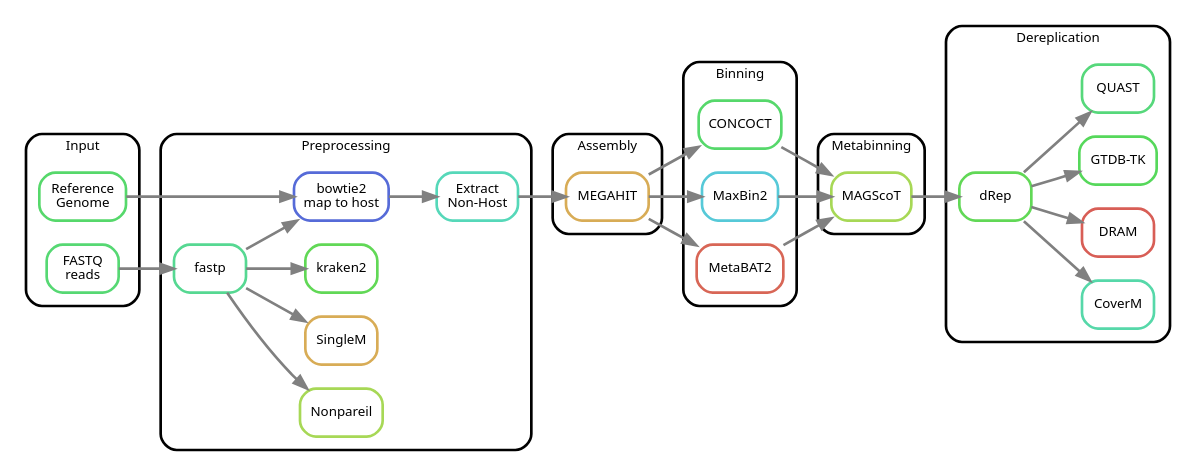
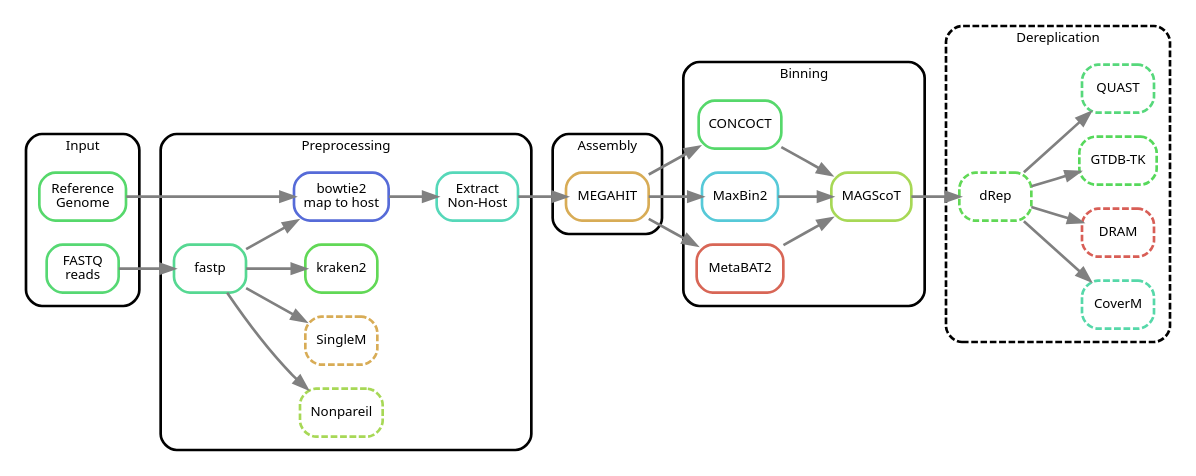
Before and after one commit to 3d-omics/mg_assembly: the diagram in rulegraph_simple.dot, drawn with Graphviz. The commit also changed 13 other files, not shown here.

```diff
--- a/rulegraph_simple.dot
+++ b/rulegraph_simple.dot
@@ -1,80 +1,74 @@
 digraph snakemake_dag {
 	rankdir=LR;
     graph[bgcolor=white, margin=0, compound=true];
     node[shape=box, style=rounded, fontname=sans, fontsize=10, penwidth=2];
     edge[penwidth=2, color=grey];
 
     subgraph cluster_0 {
         label = "Input";
 		shape=box; style=rounded; fontname=sans; fontsize=10; penwidth=2; margin=10;
         reference [label = "Reference\nGenome", color = "0.36 0.6 0.85"];
-    	fastq[label = "FASTQ\nreads", color = "0.37 0.6 0.85"];
+    	fastq     [label = "FASTQ\nreads",      color = "0.37 0.6 0.85"];
     }
 
 	subgraph cluster_1 {
 		label = "Preprocessing";
 		shape=box; style=rounded; fontname=sans; fontsize=10; penwidth=2; margin=10;
-		extract[label = "Extract\nNon-Host", color = "0.46 0.6 0.85"];
-	    bowtie2[label = "bowtie2\nmap to host", color = "0.64 0.6 0.85"];
-	    fastp [label = "fastp", color = "0.41 0.6 0.85"];
-	    nonpareil [label = "Nonpareil",  color = "0.23 0.6 0.85"];
-	    singlem[label = "SingleM", color = "0.11 0.6 0.85"];
-	    kraken2 [label = "kraken2", color = "0.32 0.6 0.85"];
+		extract   [label = "Extract\nNon-Host",    color = "0.46 0.6 0.85"];
+	    bowtie2   [label = "bowtie2\nmap to host", color = "0.64 0.6 0.85"];
+	    fastp     [label = "fastp",                color = "0.41 0.6 0.85"];
+	    nonpareil [label = "Nonpareil",            color = "0.23 0.6 0.85", style = "dashed,rounded"];
+	    singlem   [label = "SingleM",              color = "0.11 0.6 0.85", style = "dashed,rounded"];
+	    kraken2   [label = "kraken2",              color = "0.32 0.6 0.85"];
 	}
 
     reference -> bowtie2
     fastq     -> fastp
 
 	fastp   -> bowtie2
 	fastp   -> nonpareil
 	fastp   -> singlem
 	fastp   -> kraken2
 	bowtie2 -> extract
 	extract -> megahit
 
 	subgraph cluster_2 {
 		label = "Assembly";
 		shape=box; style=rounded; fontname=sans; fontsize=10; penwidth=2; margin=10;
-		megahit[label = "MEGAHIT", color = "0.11 0.6 0.85"];
+		megahit [label = "MEGAHIT", color = "0.11 0.6 0.85"];
 	}
 
 	megahit -> concoct
 	megahit -> maxbin2
 	megahit -> metabat2
 
 	subgraph cluster_3 {
 		label = "Binning";
 		shape=box; style=rounded; fontname=sans; fontsize=10; penwidth=2; margin=10;
-		concoct[label = "CONCOCT", color = "0.36 0.6 0.85"];
-    	maxbin2[label = "MaxBin2", color = "0.52 0.6 0.85"];
-	    metabat2[label = "MetaBAT2", color = "0.02 0.6 0.85"];
+		concoct  [label = "CONCOCT",  color = "0.36 0.6 0.85"];
+    	maxbin2  [label = "MaxBin2",  color = "0.52 0.6 0.85"];
+	    metabat2 [label = "MetaBAT2", color = "0.02 0.6 0.85"];
+		magscot  [label = "MAGScoT",  color = "0.23 0.6 0.85"];
 	}
 
 	metabat2 -> magscot
 	concoct  -> magscot
 	maxbin2  -> magscot
+	magscot  -> drep
 
 	subgraph cluster_4 {
-		shape=box; style=rounded; fontname=sans; fontsize=10; penwidth=2; margin=10;
-		label = "Metabinning";
-		magscot [label = "MAGScoT", color = "0.23 0.6 0.85"];
-	}
-
-	magscot -> drep
-
-	subgraph cluster_5 {
 		label = "Dereplication";
-		shape=box; style=rounded; fontname=sans; fontsize=10; penwidth=2; margin=10;
-    	coverm [label = "CoverM", color = "0.44 0.6 0.85"];
-	    dram   [label = "DRAM", color = "0.01 0.6 0.85"];
-	    gtdbtk [label = "GTDB-TK", color = "0.34 0.6 0.85"];
-	    drep   [label = "dRep", color = "0.32 0.6 0.85"];
-    	quast  [label = "QUAST", color = "0.38 0.6 0.85"];
+		shape=box; style="rounded,dashed"; fontname=sans; fontsize=10; penwidth=2; margin=10;
+    	coverm [label = "CoverM",  color = "0.44 0.6 0.85", style = "dashed,rounded"];
+	    dram   [label = "DRAM",    color = "0.01 0.6 0.85", style = "dashed,rounded"];
+	    gtdbtk [label = "GTDB-TK", color = "0.34 0.6 0.85", style = "dashed,rounded"];
+	    drep   [label = "dRep",    color = "0.32 0.6 0.85", style = "dashed,rounded"];
+    	quast  [label = "QUAST",   color = "0.38 0.6 0.85", style = "dashed,rounded"];
 	}
 
 	drep -> coverm
 	drep -> dram
 	drep -> gtdbtk
 	drep -> quast
 
 }
```
